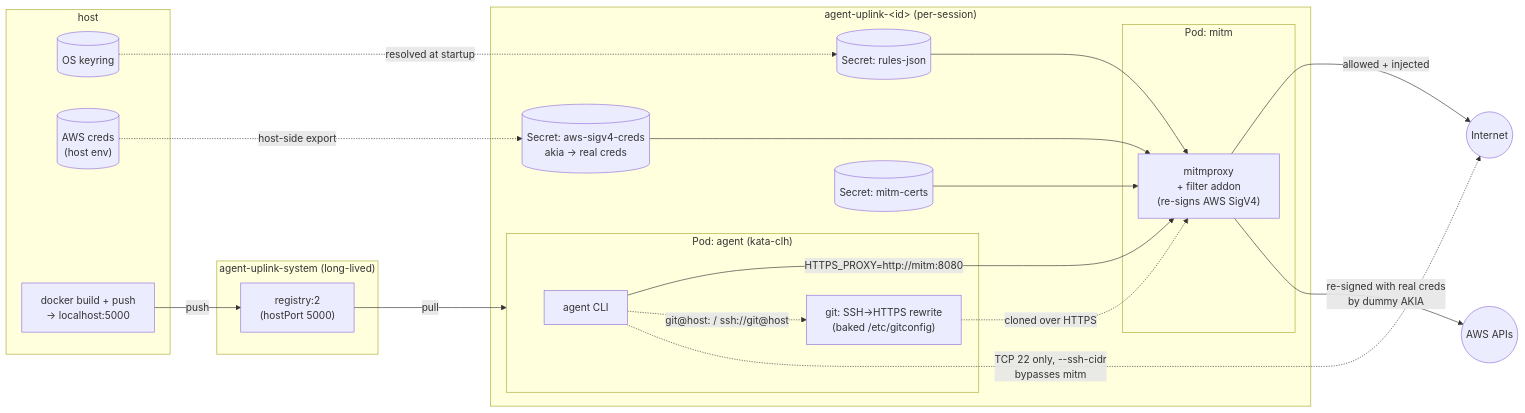
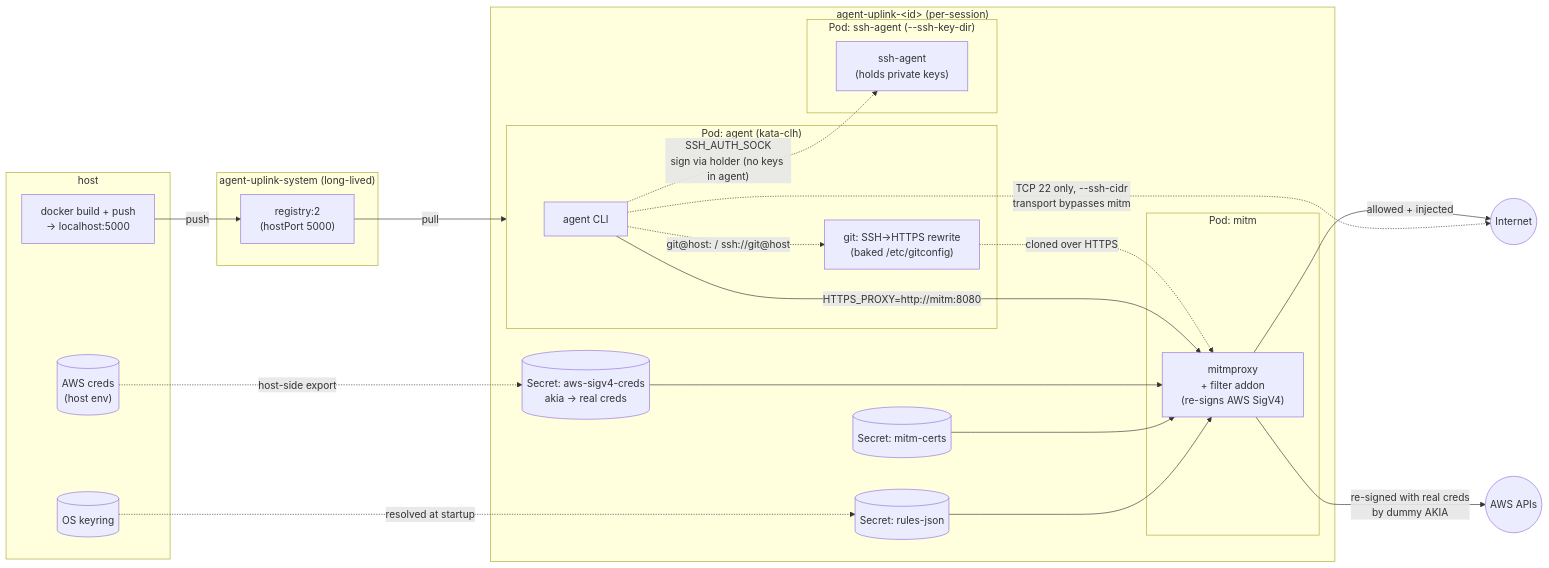
One commit to hoo29/agent-uplink changed the diagram in README.md. Above: the diagram before and after it, drawn with Mermaid. The commit also changed other lines of this file and 15 other files, not shown here.

````diff
--- a/README.md
+++ b/README.md
@@ -13,42 +13,46 @@
 ```mermaid
 flowchart LR
     subgraph host["host"]
         keyring[("OS keyring")]
         awscreds[("AWS creds<br/>(host env)")]
         dockerd["docker build + push<br/>→ localhost:5000"]
     end
 
     subgraph registry_ns["agent-uplink-system (long-lived)"]
         registry["registry:2<br/>(hostPort 5000)"]
     end
 
     subgraph session_ns["agent-uplink-&lt;id&gt; (per-session)"]
         subgraph agent_pod["Pod: agent (kata-clh)"]
             agent["agent CLI"]
             gitrw["git: SSH→HTTPS rewrite<br/>(baked /etc/gitconfig)"]
         end
         subgraph mitm_pod["Pod: mitm"]
             mitm["mitmproxy<br/>+ filter addon<br/>(re-signs AWS SigV4)"]
         end
+        subgraph ssh_pod["Pod: ssh-agent (--ssh-key-dir)"]
+            sshagent["ssh-agent<br/>(holds private keys)"]
+        end
         rules[("Secret: rules-json")]
         certs[("Secret: mitm-certs")]
         creds[("Secret: aws-sigv4-creds<br/>akia → real creds")]
     end
 
     internet(("Internet"))
     aws(("AWS APIs"))
 
     dockerd -->|push| registry
     registry -->|pull| agent_pod
     keyring -.->|resolved at startup| rules
     awscreds -.->|host-side export| creds
     rules --> mitm
     certs --> mitm
     creds --> mitm
     agent -->|HTTPS_PROXY=http://mitm:8080| mitm
     agent -.->|"git@host: / ssh://git@host"| gitrw
     gitrw -.->|cloned over HTTPS| mitm
-    agent -.->|TCP 22 only, --ssh-cidr<br/>bypasses mitm| internet
+    agent -.->|"SSH_AUTH_SOCK<br/>sign via holder (no keys in agent)"| sshagent
+    agent -.->|"TCP 22 only, --ssh-cidr<br/>transport bypasses mitm"| internet
     mitm -->|allowed + injected| internet
     mitm -->|re-signed with real creds<br/>by dummy AKIA| aws
 ```
````
